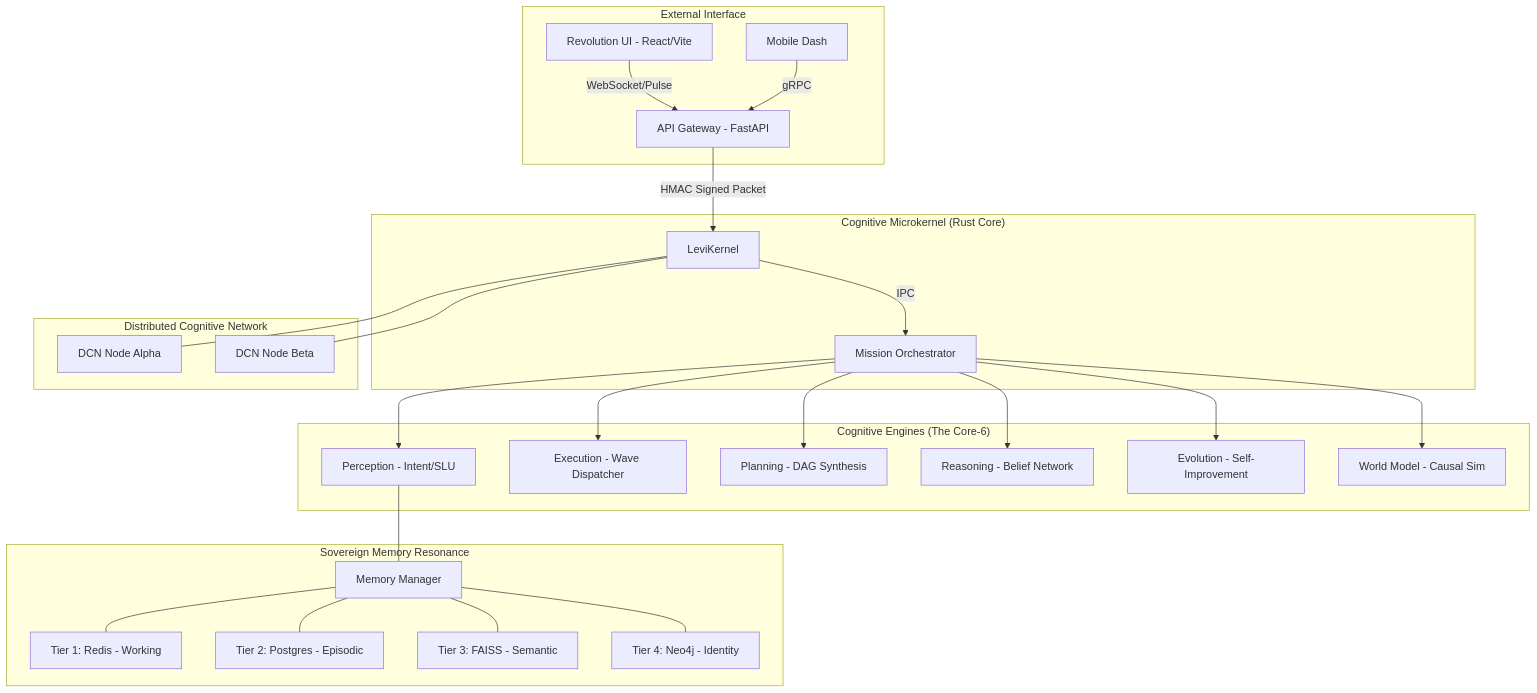
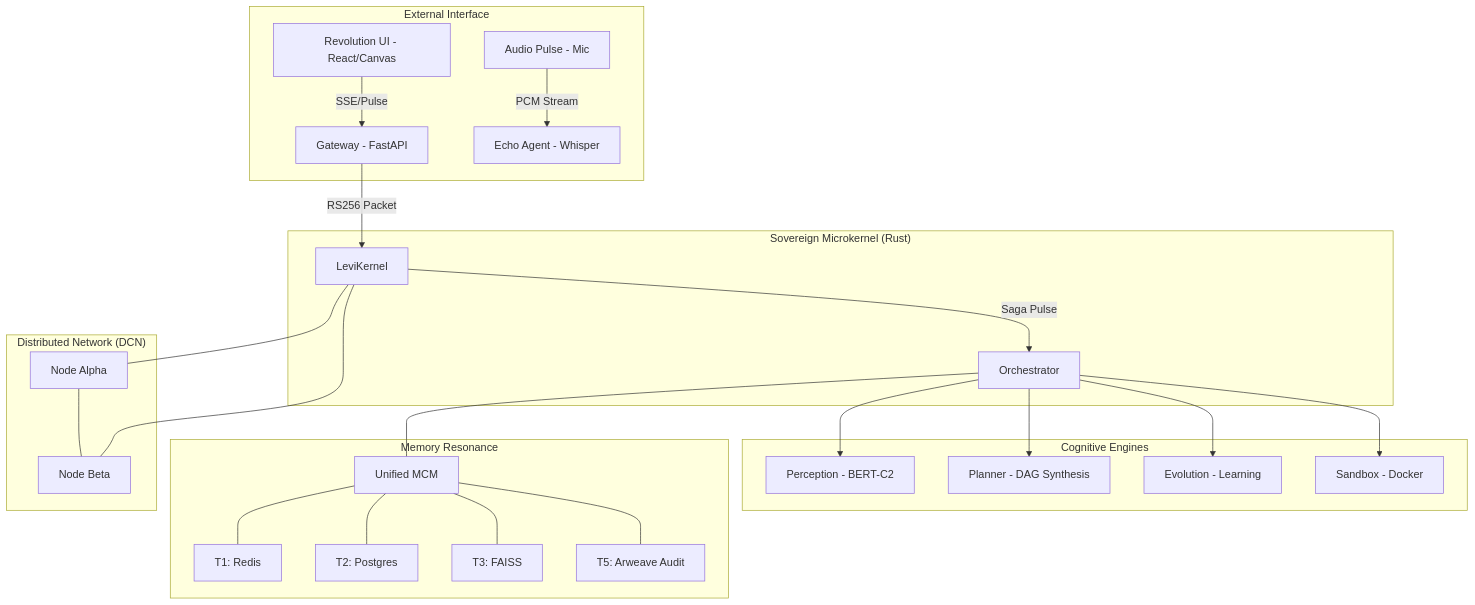
One commit to Blackdrg/levi-ai-innovate changed the first of 5 diagrams in README.md. Above: the diagram before and after it, drawn with Mermaid. The commit also changed other lines of this file and 39 other files, not shown here.

Commit message:
feat: v16.1-GA Graduation - Hardened DCN, Evolution Engine, and Technical Manifest

````diff
--- a/README.md
+++ b/README.md
@@ -191,34 +223,33 @@
 ```mermaid
 graph TD
     subgraph "External Interface"
-        UI[Revolution UI - React/Vite] --> |WebSocket/Pulse| GW[API Gateway - FastAPI]
-        Mobile[Mobile Dash] --> |gRPC| GW
+        UI[Revolution UI - React/Canvas] --> |SSE/Pulse| GW[Gateway - FastAPI]
+        Voice[Audio Pulse - Mic] --> |PCM Stream| Echo[Echo Agent - Whisper]
     end
 
-    subgraph "Cognitive Microkernel (Rust Core)"
-        GW --> |HMAC Signed Packet| Kernel[LeviKernel]
-        Kernel --> |IPC| Orchestrator[Mission Orchestrator]
+    subgraph "Sovereign Microkernel (Rust)"
+        GW --> |RS256 Packet| Kernel[LeviKernel]
+        Kernel --> |Saga Pulse| Orchestrator[Orchestrator]
     end
 
-    subgraph "Cognitive Engines (The Core-6)"
-        Orchestrator --> E1[Perception - Intent/SLU]
-        Orchestrator --> E2[Execution - Wave Dispatcher]
-        Orchestrator --> E3[Planning - DAG Synthesis]
-        Orchestrator --> E4[Reasoning - Belief Network]
-        Orchestrator --> E7[Evolution - Self-Improvement]
-        Orchestrator --> E8[World Model - Causal Sim]
+    subgraph "Cognitive Engines"
+        Orchestrator --> E1[Perception - BERT-C2]
+        Orchestrator --> E3[Planner - DAG Synthesis]
+        Orchestrator --> E7[Evolution - Learning]
+        Orchestrator --> E13[Sandbox - Docker]
     end
 
-    subgraph "Sovereign Memory Resonance"
-        E1 --- MCM[Memory Manager]
-        MCM --- T1[Tier 1: Redis - Working]
-        MCM --- T2[Tier 2: Postgres - Episodic]
-        MCM --- T3[Tier 3: FAISS - Semantic]
-        MCM --- T4[Tier 4: Neo4j - Identity]
+    subgraph "Memory Resonance"
+        Orchestrator --- MCM[Unified MCM]
+        MCM --- T1[T1: Redis]
+        MCM --- T2[T2: Postgres]
+        MCM --- T3[T3: FAISS]
+        MCM --- T5[T5: Arweave Audit]
     end
 
-    subgraph "Distributed Cognitive Network"
-        Kernel --- Peer1[DCN Node Alpha]
-        Kernel --- Peer2[DCN Node Beta]
+    subgraph "Distributed Network (DCN)"
+        Kernel --- NodeA[Node Alpha]
+        Kernel --- NodeB[Node Beta]
+        NodeA --- NodeB
     end
 ```
````
